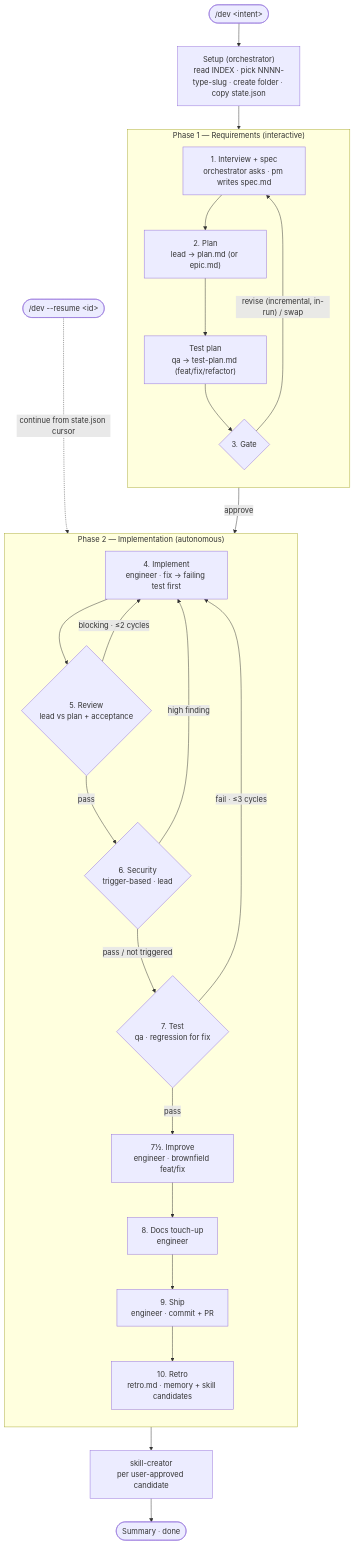
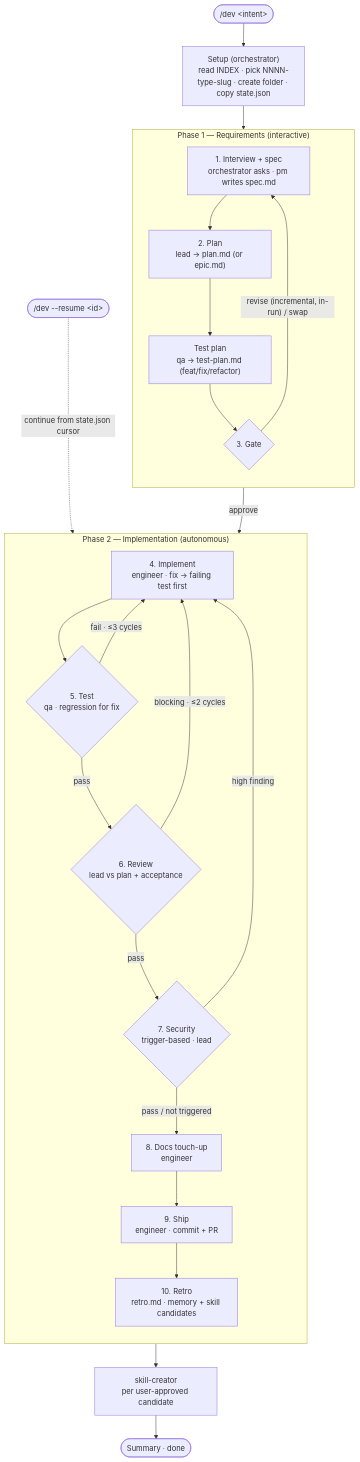
The diagram in WORKFLOW.md (Maximumsoft-Co-LTD/claude-foundation), drawn with Mermaid before and after one commit. The commit also changed other lines of this file and 43 other files, not shown here.

First line of the commit message:
feat(workflow): v2.5.5 — test before review + remove improve phase

````diff
--- a/WORKFLOW.md
+++ b/WORKFLOW.md
@@ -17,42 +17,41 @@
 ```mermaid
 flowchart TD
     Start(["/dev &lt;intent&gt;"]) --> Setup["Setup (orchestrator)<br/>read INDEX · pick NNNN-type-slug · create folder · copy state.json"]
 
     subgraph P1["Phase 1 — Requirements (interactive)"]
         direction TB
         S1["1. Interview + spec<br/>orchestrator asks · pm writes spec.md"]
         S2["2. Plan<br/>lead → plan.md (or epic.md)"]
         S2T["Test plan<br/>qa → test-plan.md (feat/fix/refactor)"]
         S3{"3. Gate"}
         S1 --> S2 --> S2T --> S3
     end
 
     Setup --> S1
     S3 -- "revise (incremental, in-run) / swap" --> S1
     S3 -- "approve" --> S4
 
     subgraph P2["Phase 2 — Implementation (autonomous)"]
         direction TB
         S4["4. Implement<br/>engineer · fix → failing test first"]
-        S5{"5. Review<br/>lead vs plan + acceptance"}
-        S6{"6. Security<br/>trigger-based · lead"}
-        S7{"7. Test<br/>qa · regression for fix"}
-        S7H["7½. Improve<br/>engineer · brownfield feat/fix"]
+        S5{"5. Test<br/>qa · regression for fix"}
+        S6{"6. Review<br/>lead vs plan + acceptance"}
+        S7{"7. Security<br/>trigger-based · lead"}
         S8["8. Docs touch-up<br/>engineer"]
         S9["9. Ship<br/>engineer · commit + PR"]
         S10["10. Retro<br/>retro.md · memory + skill candidates"]
         S4 --> S5
         S5 -- "pass" --> S6
-        S6 -- "pass / not triggered" --> S7
-        S7 -- "pass" --> S7H --> S8 --> S9 --> S10
+        S6 -- "pass" --> S7
+        S7 -- "pass / not triggered" --> S8 --> S9 --> S10
     end
 
-    S5 -- "blocking · ≤2 cycles" --> S4
-    S6 -- "high finding" --> S4
-    S7 -- "fail · ≤3 cycles" --> S4
+    S5 -- "fail · ≤3 cycles" --> S4
+    S6 -- "blocking · ≤2 cycles" --> S4
+    S7 -- "high finding" --> S4
 
     S10 --> Skill["skill-creator<br/>per user-approved candidate"]
     Skill --> Done(["Summary · done"])
 
     Resume(["/dev --resume &lt;id&gt;"]) -. "continue from state.json cursor" .-> P2
 ```
````
